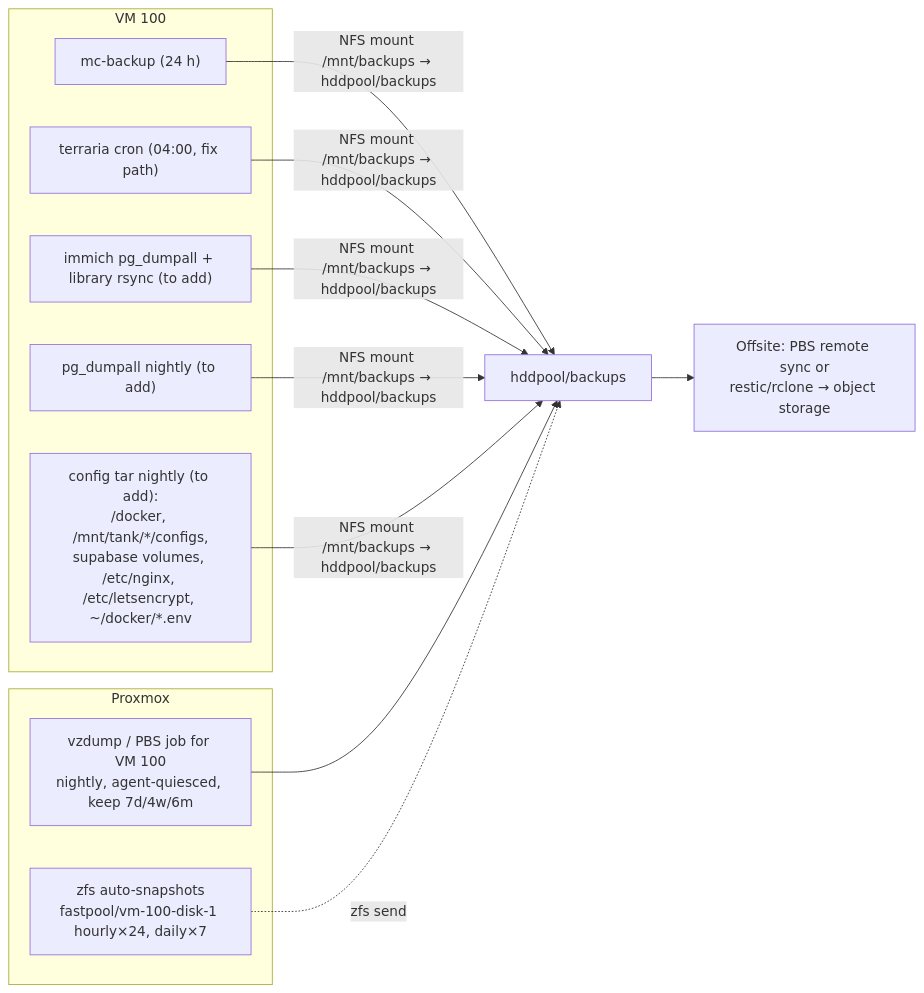
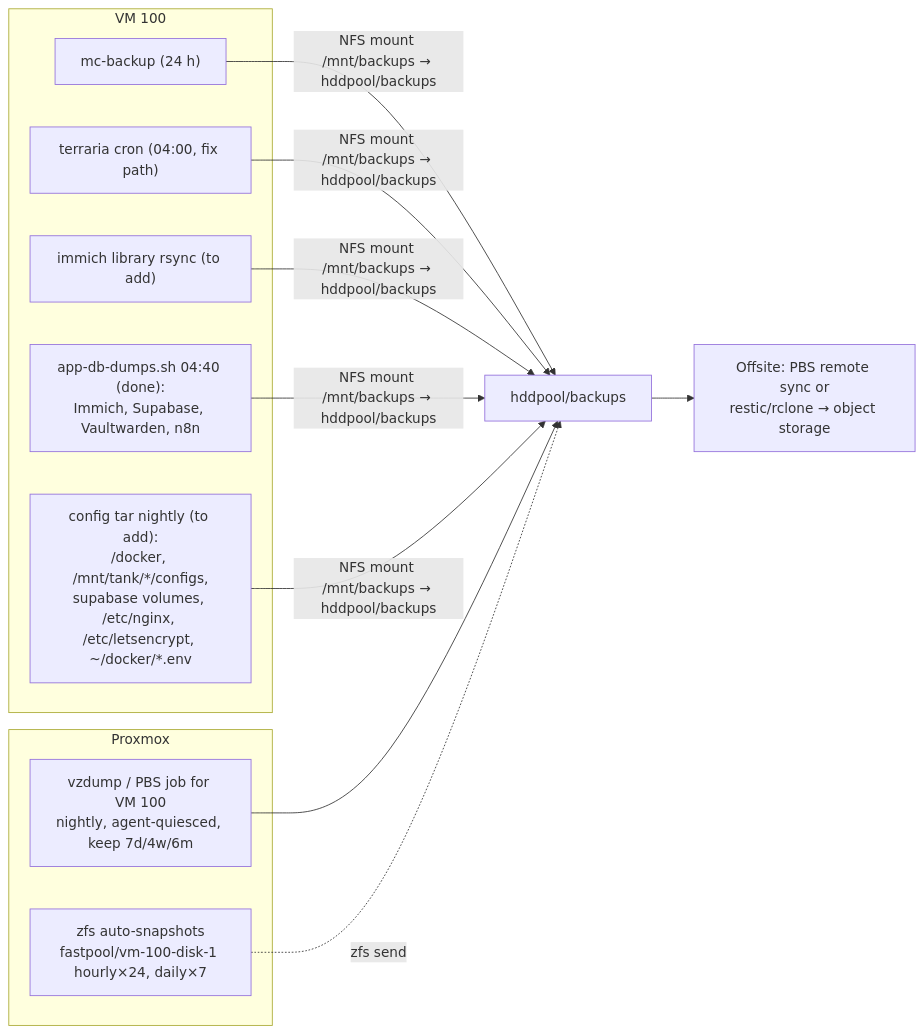
Before and after one commit to BigBoiToasty/homelab-docs: the diagram in runbooks/disaster-recovery.md, drawn with Mermaid. The commit also changed other lines of this file and 10 other files, not shown here.

First line of the commit message:
docs: nightly app database dumps (Vaultwarden, n8n, Immich, Supabase)

````diff
--- a/runbooks/disaster-recovery.md
+++ b/runbooks/disaster-recovery.md
@@ -207,21 +207,21 @@
 ```mermaid
 flowchart LR
     subgraph GUEST["VM 100"]
         MC["mc-backup (24 h)"]
         TC["terraria cron (04:00, fix path)"]
-        IM["immich pg_dumpall + library rsync (to add)"]
-        PG["pg_dumpall nightly (to add)"]
+        IM["immich library rsync (to add)"]
+        PG["app-db-dumps.sh 04:40 (done):<br/>Immich, Supabase, Vaultwarden, n8n"]
         CFG["config tar nightly (to add):<br/>/docker, /mnt/tank/*/configs,<br/>supabase volumes, /etc/nginx, /etc/letsencrypt, ~/docker/*.env"]
     end
     subgraph PVE["Proxmox"]
         VZ["vzdump / PBS job for VM 100<br/>nightly, agent-quiesced, keep 7d/4w/6m"]
         SNAP["zfs auto-snapshots<br/>fastpool/vm-100-disk-1 hourly×24, daily×7"]
     end
     HDD["hddpool/backups"]
     OFF["Offsite: PBS remote sync or<br/>restic/rclone → object storage"]
 
     MC & TC & IM & PG & CFG -->|"NFS mount /mnt/backups → hddpool/backups"| HDD
     VZ --> HDD
     SNAP -. "zfs send" .-> HDD
     HDD --> OFF
 ```
````
